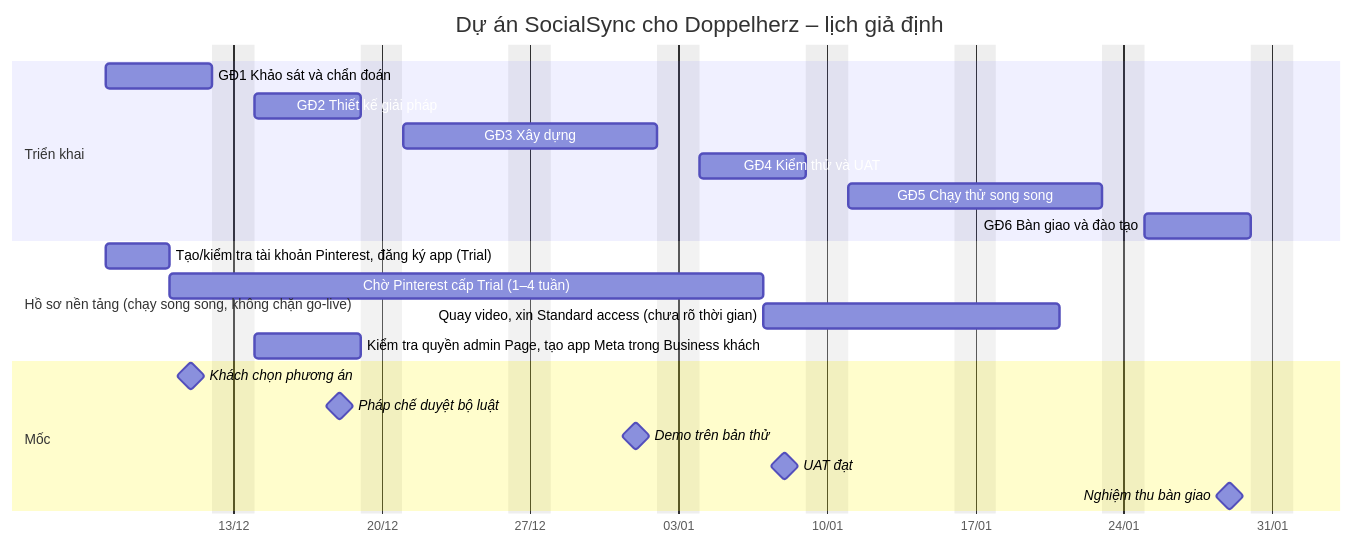
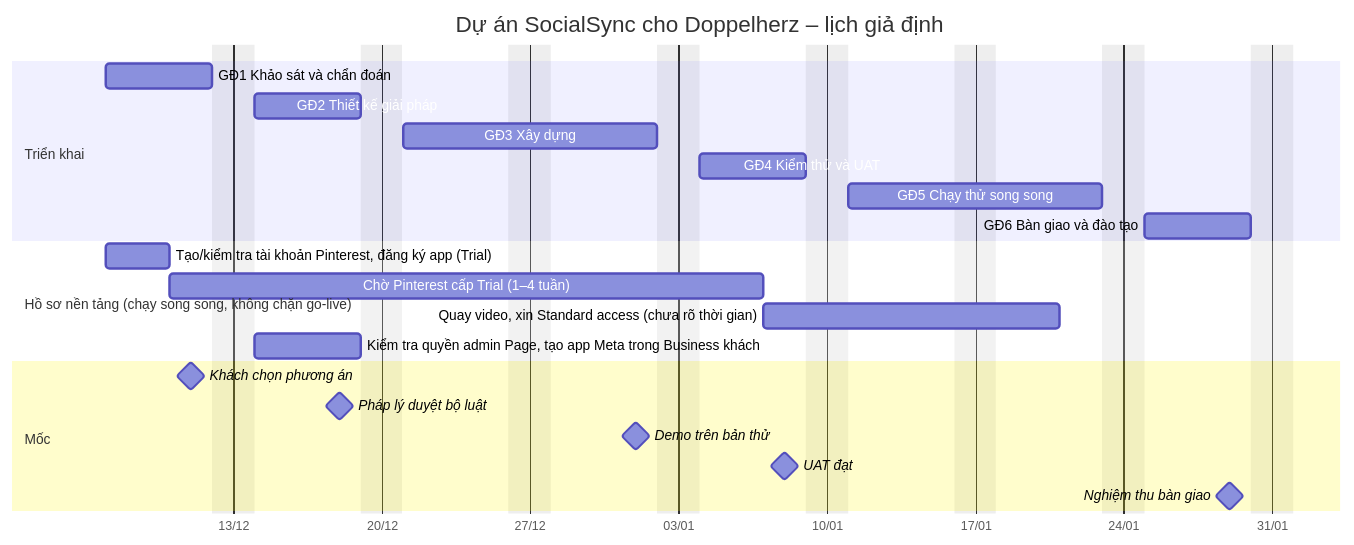
The diagram in nop-bai/02-2-ke-hoach-trien-khai.md (jinsimple/doppelherz-social), drawn with Mermaid before and after one commit. The commit also changed other lines of this file and 45 other files, not shown here.

````diff
--- a/nop-bai/02-2-ke-hoach-trien-khai.md
+++ b/nop-bai/02-2-ke-hoach-trien-khai.md
@@ -95,28 +95,28 @@
 ```mermaid
 gantt
   title Dự án SocialSync cho Doppelherz – lịch giả định
   dateFormat YYYY-MM-DD
   axisFormat %d/%m
   excludes weekends
 
   section Triển khai
   GĐ1 Khảo sát và chẩn đoán          :g1, 2026-12-07, 5d
   GĐ2 Thiết kế giải pháp             :g2, after g1, 5d
   GĐ3 Xây dựng                       :g3, after g2, 10d
   GĐ4 Kiểm thử và UAT                :g4, after g3, 5d
   GĐ5 Chạy thử song song             :g5, after g4, 10d
   GĐ6 Bàn giao và đào tạo            :g6, after g5, 5d
 
   section Hồ sơ nền tảng (chạy song song, không chặn go-live)
   Tạo/kiểm tra tài khoản Pinterest, đăng ký app (Trial) :p1, 2026-12-07, 3d
   Chờ Pinterest cấp Trial (1–4 tuần)                     :p2, after p1, 20d
   Quay video, xin Standard access (chưa rõ thời gian)    :p3, after p2, 10d
   Kiểm tra quyền admin Page, tạo app Meta trong Business khách :m1, 2026-12-14, 5d
 
   section Mốc
   Khách chọn phương án          :milestone, 2026-12-11, 0d
-  Pháp chế duyệt bộ luật        :milestone, 2026-12-18, 0d
+  Pháp lý duyệt bộ luật         :milestone, 2026-12-18, 0d
   Demo trên bản thử             :milestone, 2027-01-01, 0d
   UAT đạt                       :milestone, 2027-01-08, 0d
   Nghiệm thu bàn giao           :milestone, 2027-01-29, 0d
 ```
````
